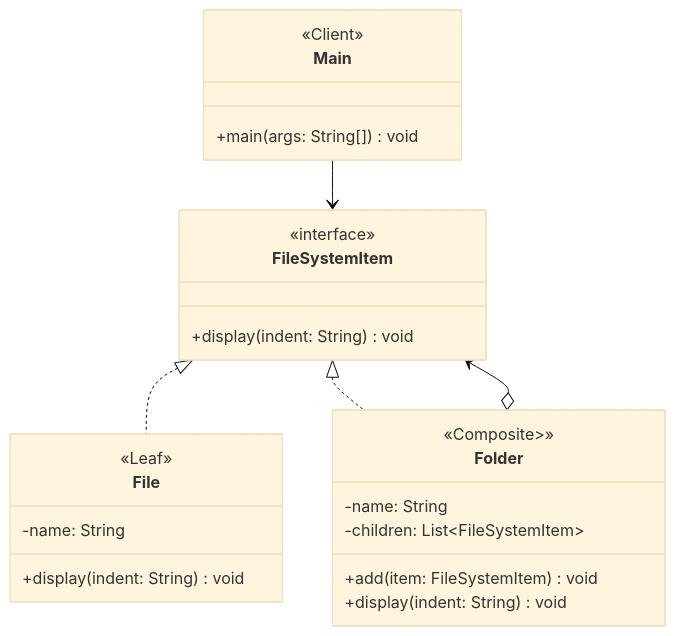
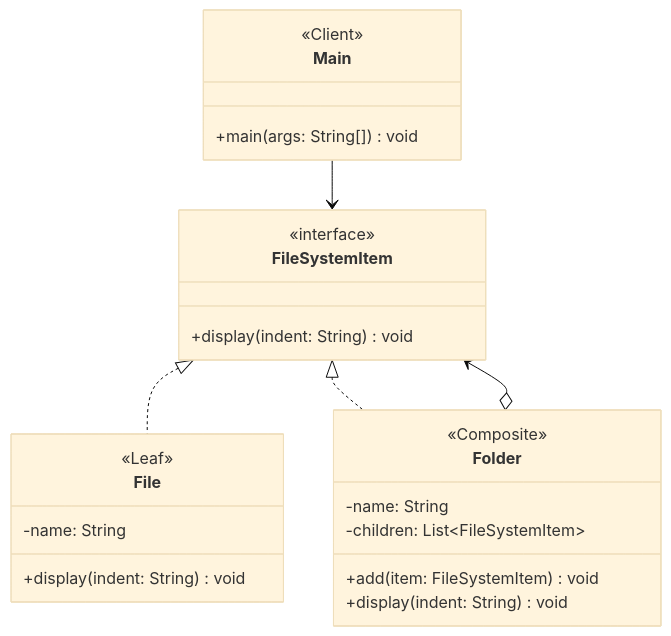
The first of 2 diagrams in ipp002/Composite/README.md (JuanCursino/Void), drawn with Mermaid (base theme) before and after one commit. The commit also changed other lines of this file and 57 other files, not shown here.

````diff
--- a/ipp002/Composite/README.md
+++ b/ipp002/Composite/README.md
@@ -55,31 +56,31 @@
 ```mermaid
 classDiagram
     class FileSystemItem {
         <<interface>>
         +display(indent: String) void
     }
 
     class File {
         <<Leaf>>
         -name: String
         +display(indent: String) void
     }
 
     class Folder {
-        <<Composite>>>
+        <<Composite>>
         -name: String
         -children: List~FileSystemItem~
         +add(item: FileSystemItem) void
         +display(indent: String) void
     }
 
     class Main {
         <<Client>>
         +main(args: String[]) void
     }
 
     Main --> FileSystemItem
     FileSystemItem <|.. File
     FileSystemItem <|.. Folder
     FileSystemItem <--o Folder
 ```
````
